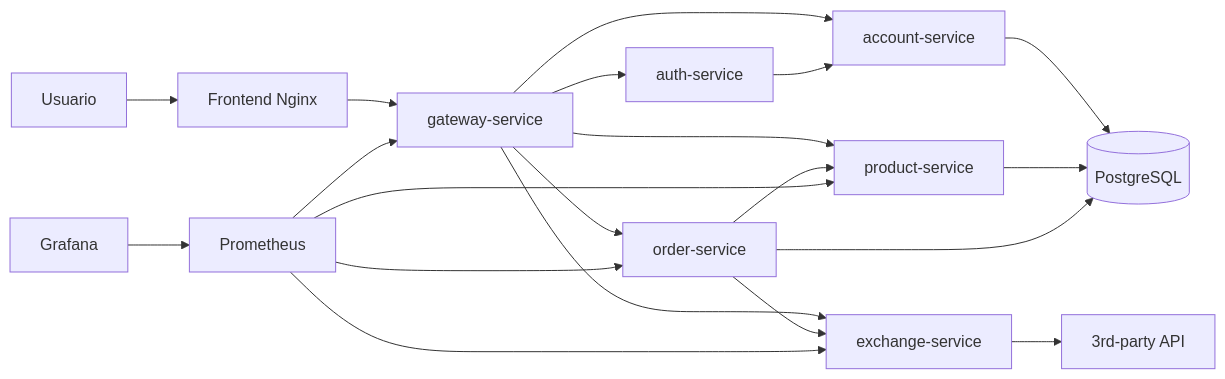
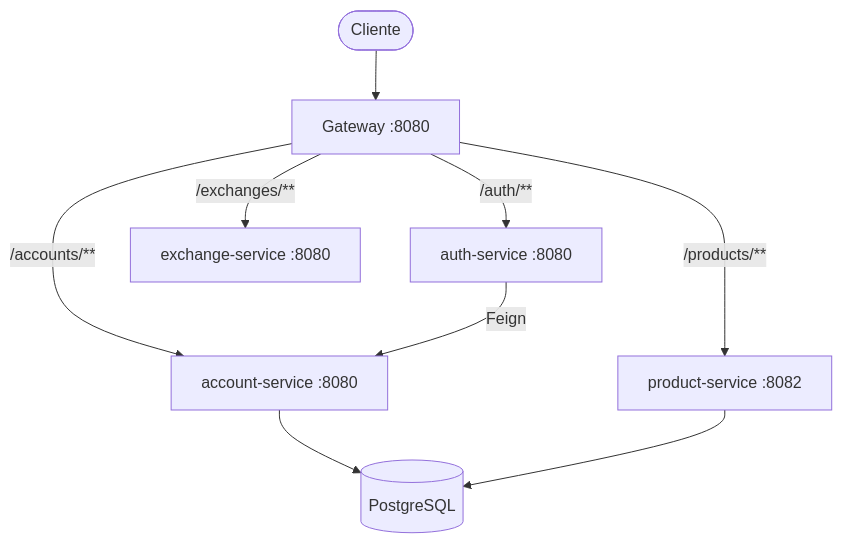
The first of 3 diagrams in docs/architecture.md (projeto-micro/projeto), drawn with Mermaid before and after one commit. The commit also changed other lines of this file, not shown here.

First line of the commit message:
Revise architecture documentation and fix typos

````diff
--- a/docs/architecture.md
+++ b/docs/architecture.md
@@ -7,25 +7,13 @@
 ```mermaid
-flowchart LR
-    User["Usuario"] --> Site["Frontend Nginx"]
-    Site --> Gateway["gateway-service"]
+graph TD
+    Client([Cliente]) --> GW[Gateway :8080]
 
-    Gateway --> Auth["auth-service"]
-    Gateway --> Account["account-service"]
-    Gateway --> Exchange["exchange-service"]
-    Gateway --> Product["product-service"]
-    Gateway --> Order["order-service"]
+    GW -->|/auth/**| Auth[auth-service :8080]
+    GW -->|/accounts/**| Account[account-service :8080]
+    GW -->|/products/**| Product[product-service :8082]
+    GW -->|/exchanges/**| Exchange[exchange-service :8080]
 
-    Auth --> Account
-    Account --> DB[("PostgreSQL")]
+    Auth -->|Feign| Account
+    Account --> DB[(PostgreSQL)]
     Product --> DB
-    Order --> DB
-    Order --> Product
-    Order --> Exchange
-    Exchange --> AwesomeAPI["3rd-party API"]
-
-    Prometheus --> Gateway
-    Prometheus --> Exchange
-    Prometheus --> Order
-    Prometheus --> Product
-    Grafana --> Prometheus
 ```
````
